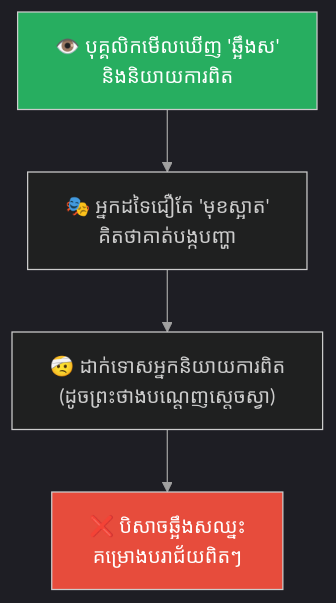
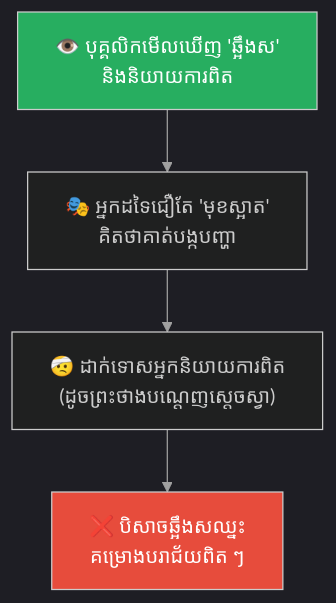
The fourth of 5 diagrams in feeds/concepts/parables/244-the-white-bone-demon-and-the-fiery-eyes.md (GuideStack/iblogger-feeds), drawn with Mermaid before and after one commit. The commit also changed other lines of this file and 11 other files, not shown here.

````diff
--- a/feeds/concepts/parables/244-the-white-bone-demon-and-the-fiery-eyes.md
+++ b/feeds/concepts/parables/244-the-white-bone-demon-and-the-fiery-eyes.md
@@ -183,18 +183,18 @@
 ```mermaid
 %%{init: {
   'theme': 'dark',
   'themeVariables': {
     'background': '#1e1e1e',
     'primaryTextColor': '#ffffff',
     'lineColor': '#a0a0a0'
   },
   'themeCSS': 'svg { background-color: #1e1e1e !important; padding: 1rem !important; border-radius: 8px !important; } .edgeLabel rect { fill: #1e1e1e !important; } text, tspan { fill: #ffffff !important; }'
 }}%%
 graph TD
     A["👁️ បុគ្គលិកមើលឃើញ 'ឆ្អឹងស'<br/>និងនិយាយការពិត"] --> B["🎭 អ្នកដទៃជឿតែ 'មុខស្អាត'<br/>គិតថាគាត់បង្កបញ្ហា"]
     B --> C["🤕 ដាក់ទោសអ្នកនិយាយការពិត<br/>(ដូចព្រះថាងបណ្តេញស្តេចស្វា)"]
-    C --> D["❌ បិសាចឆ្អឹងសឈ្នះ<br/>គម្រោងបរាជ័យពិតៗ"]
+    C --> D["❌ បិសាចឆ្អឹងសឈ្នះ<br/>គម្រោងបរាជ័យពិត ៗ "]
 
     style A fill:#27ae60,color:#fff
     style D fill:#e74c3c,color:#fff
 ```
````
